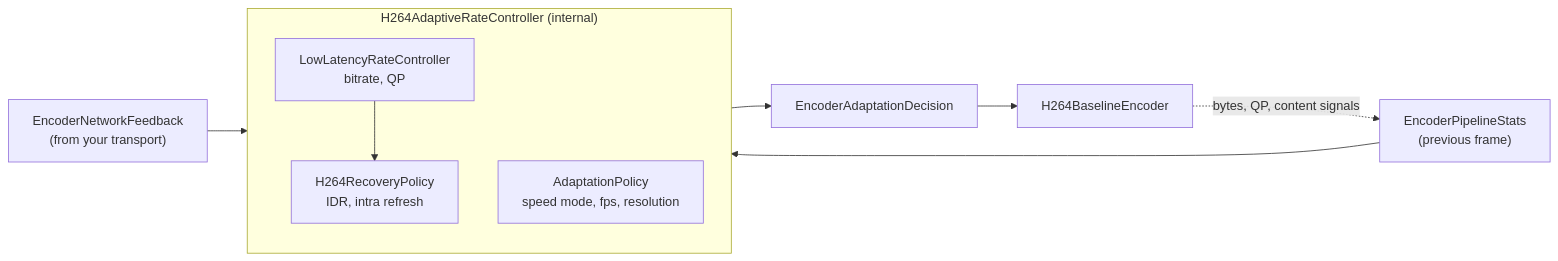
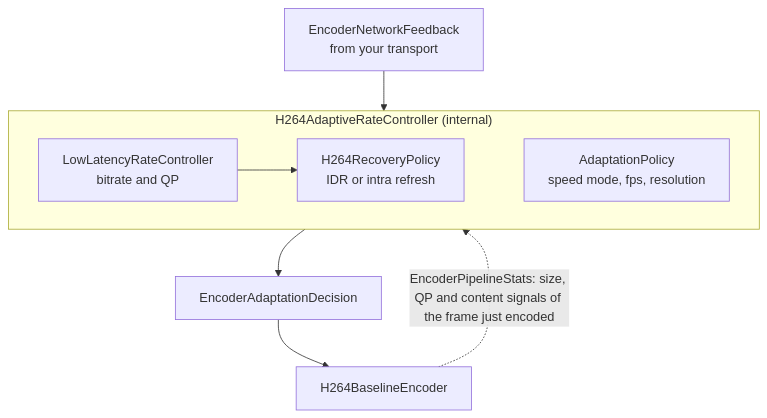
One commit to Proxeno/kiln changed the third of 3 diagrams in docs/architecture.md. Above: the diagram before and after it, drawn with Mermaid. The commit also changed other lines of this file, not shown here.

First line of the commit message:
docs: replace the kernel dispatch flowchart with an ordered table and class diagram

````diff
--- a/docs/architecture.md
+++ b/docs/architecture.md
@@ -247,18 +243,16 @@
 ```mermaid
-flowchart LR
-    fb["EncoderNetworkFeedback<br/>(from your transport)"]
-    stats["EncoderPipelineStats<br/>(previous frame)"]
+flowchart TB
+    fb["EncoderNetworkFeedback<br/>from your transport"]
     subgraph ctl["H264AdaptiveRateController (internal)"]
-        direction TB
-        ll["LowLatencyRateController<br/>bitrate, QP"]
-        rec["H264RecoveryPolicy<br/>IDR, intra refresh"]
+        direction LR
+        ll["LowLatencyRateController<br/>bitrate and QP"]
+        rec["H264RecoveryPolicy<br/>IDR or intra refresh"]
         ad["AdaptationPolicy<br/>speed mode, fps, resolution"]
         ll --> rec
+        rec ~~~ ad
     end
     dec["EncoderAdaptationDecision"]
     enc["H264BaselineEncoder"]
-    fb --> ctl
-    stats --> ctl
-    ctl --> dec --> enc
-    enc -. "bytes, QP, content signals" .-> stats
+    fb --> ctl --> dec --> enc
+    enc -. "EncoderPipelineStats: size, QP and content signals of the frame just encoded" .-> ctl
 ```
````
